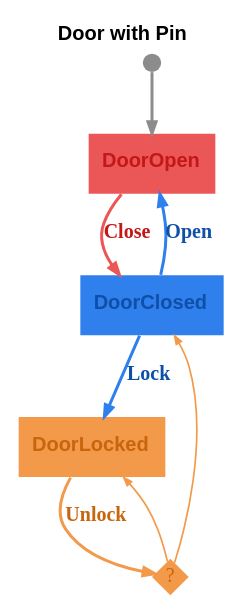
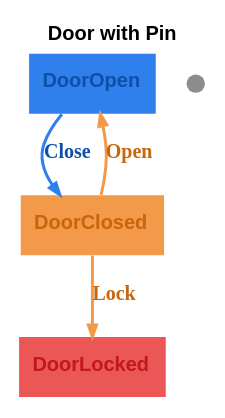
Before and after one commit to m-bock/purescript-transit: the diagram in graphs/door-with-pin.dot, drawn with Graphviz. The commit also changed 19 other files, not shown here.

```diff
--- a/graphs/door-with-pin.dot
+++ b/graphs/door-with-pin.dot
@@ -1,16 +1,11 @@
 digraph 
 {
 rankdir = "TD";fontname = "Arial";label = <<b>Door with Pin</b>>;labelloc = "t";fontsize = 12
-DoorOpen [shape = "box", label = <<b>DoorOpen</b>>, fontsize = 12, style = "filled", fillcolor = "#eb5757", fontcolor = "#c41717", fontname = "Arial", labelloc = "c", penwidth = 0.0]
+DoorOpen [shape = "box", label = <<b>DoorOpen</b>>, fontsize = 12, style = "filled", fillcolor = "#2f80ed", fontcolor = "#0e50a8", fontname = "Arial", labelloc = "c", penwidth = 0.0]
 __Start__ [shape = "circle", label = "", width = 0.15, height = 0.15, fixedsize = true, style = "filled", fillcolor = "#8c8c8c", penwidth = 0.0]
-__Start__ -> DoorOpen [color = "#8c8c8c", fontsize = 12, arrowsize = "0.7", penwidth = 1.8]
-DoorOpen -> DoorClosed [color = "#eb5757", fontcolor = "#c41717", fontsize = 12, arrowsize = "0.7", label = <<b>Close</b>>, penwidth = 1.8]
-DoorClosed [shape = "box", label = <<b>DoorClosed</b>>, fontsize = 12, style = "filled", fillcolor = "#2f80ed", fontcolor = "#0e50a8", fontname = "Arial", labelloc = "c", penwidth = 0.0]
-DoorClosed -> DoorLocked [color = "#2f80ed", fontcolor = "#0e50a8", fontsize = 12, arrowsize = "0.7", label = <<b>Lock</b>>, penwidth = 1.8]
-DoorClosed -> DoorOpen [color = "#2f80ed", fontcolor = "#0e50a8", fontsize = 12, arrowsize = "0.7", label = <<b>Open</b>>, penwidth = 1.8]
-DoorLocked [shape = "box", label = <<b>DoorLocked</b>>, fontsize = 12, style = "filled", fillcolor = "#f2994a", fontcolor = "#c8660e", fontname = "Arial", labelloc = "c", penwidth = 0.0]
-decision_DoorLocked_Unlock [shape = "diamond", label = "?", fontsize = 12, fontcolor = "#c8660e", style = "filled", fillcolor = "#f2994a", penwidth = 0.0, fixedsize = true, width = 0.3, height = 0.3]
-DoorLocked -> decision_DoorLocked_Unlock [color = "#f2994a", fontcolor = "#c8660e", fontsize = 12, arrowsize = "0.7", label = <<b>Unlock</b>>, penwidth = 1.8]
-decision_DoorLocked_Unlock -> DoorClosed [color = "#f2994a", fontcolor = "#c8660e", fontsize = 10, arrowsize = "0.5", penwidth = 1.8, penwidth = 1.0]
-decision_DoorLocked_Unlock -> DoorLocked [color = "#f2994a", fontcolor = "#c8660e", fontsize = 10, arrowsize = "0.5", penwidth = 1.8, penwidth = 1.0]
+DoorOpen -> DoorClosed [color = "#2f80ed", fontcolor = "#0e50a8", fontsize = 12, arrowsize = "0.7", label = <<b>Close</b>>, penwidth = 1.8]
+DoorClosed [shape = "box", label = <<b>DoorClosed</b>>, fontsize = 12, style = "filled", fillcolor = "#f2994a", fontcolor = "#c8660e", fontname = "Arial", labelloc = "c", penwidth = 0.0]
+DoorClosed -> DoorOpen [color = "#f2994a", fontcolor = "#c8660e", fontsize = 12, arrowsize = "0.7", label = <<b>Open</b>>, penwidth = 1.8]
+DoorClosed -> DoorLocked [color = "#f2994a", fontcolor = "#c8660e", fontsize = 12, arrowsize = "0.7", label = <<b>Lock</b>>, penwidth = 1.8]
+DoorLocked [shape = "box", label = <<b>DoorLocked</b>>, fontsize = 12, style = "filled", fillcolor = "#eb5757", fontcolor = "#c41717", fontname = "Arial", labelloc = "c", penwidth = 0.0]
 }
```
